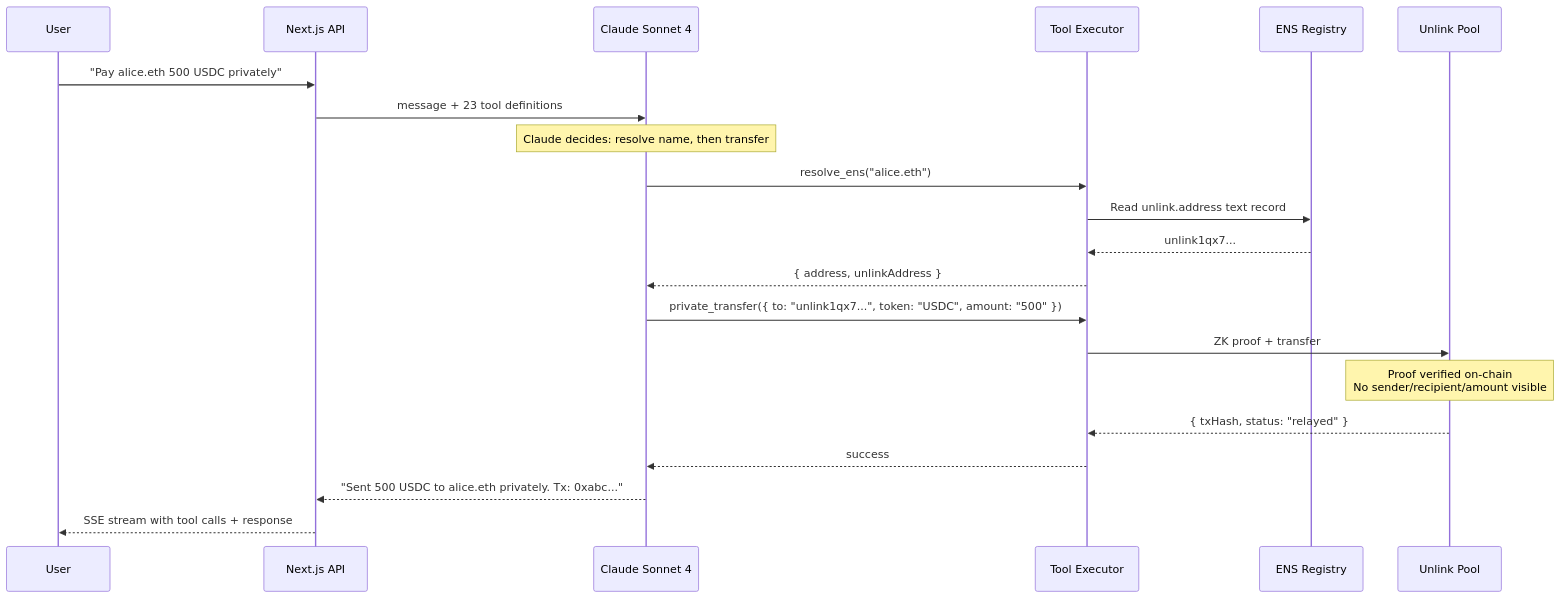
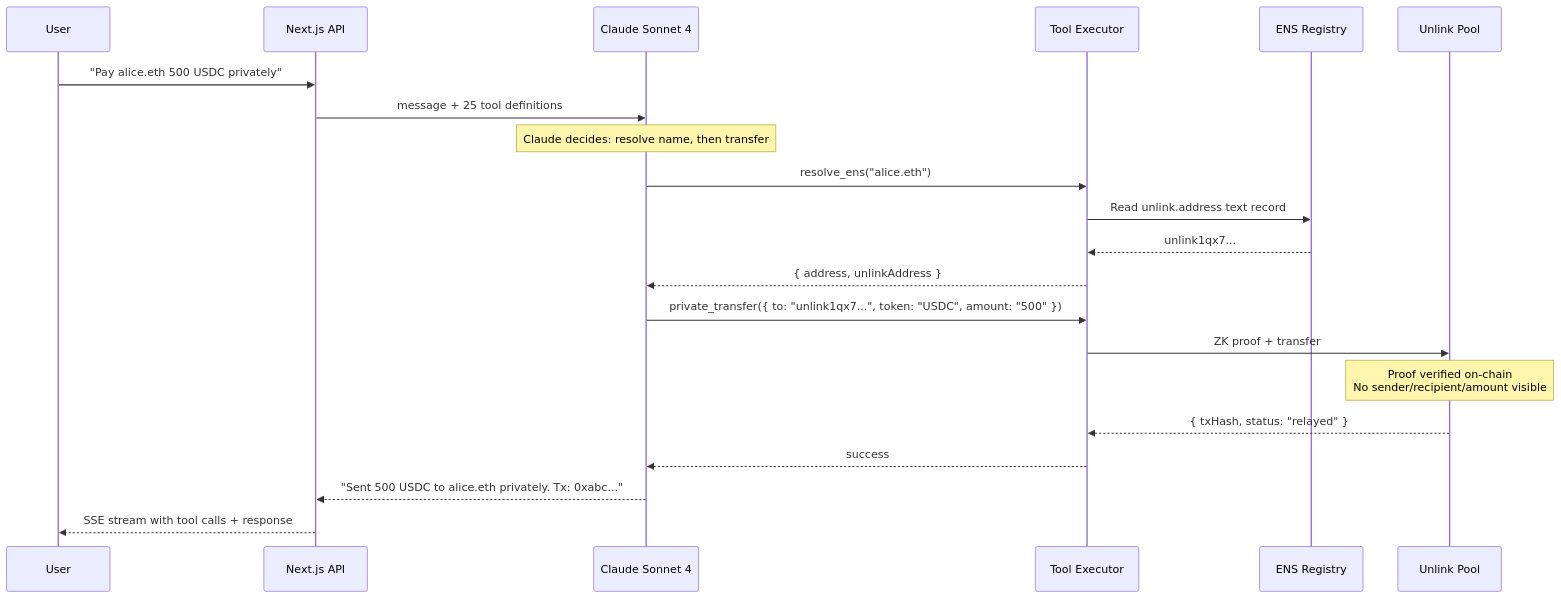
One commit to 0x2kNJ/whisper changed the second of 5 diagrams in docs/architecture.md. Above: the diagram before and after it, drawn with Mermaid. The commit also changed other lines of this file and 3 other files, not shown here.

First line of the commit message:
docs: update README, architecture, agent docs, and demo script

````diff
--- a/docs/architecture.md
+++ b/docs/architecture.md
@@ -55,28 +55,28 @@
 ```mermaid
 sequenceDiagram
     participant U as User
     participant API as Next.js API
     participant C as Claude Sonnet 4
     participant T as Tool Executor
     participant ENS as ENS Registry
     participant UNL as Unlink Pool
 
     U->>API: "Pay alice.eth 500 USDC privately"
-    API->>C: message + 23 tool definitions
+    API->>C: message + 25 tool definitions
 
     Note over C: Claude decides: resolve name, then transfer
 
     C->>T: resolve_ens("alice.eth")
     T->>ENS: Read unlink.address text record
     ENS-->>T: unlink1qx7...
     T-->>C: { address, unlinkAddress }
 
     C->>T: private_transfer({ to: "unlink1qx7...", token: "USDC", amount: "500" })
     T->>UNL: ZK proof + transfer
     Note over UNL: Proof verified on-chain<br/>No sender/recipient/amount visible
     UNL-->>T: { txHash, status: "relayed" }
     T-->>C: success
 
     C-->>API: "Sent 500 USDC to alice.eth privately. Tx: 0xabc..."
     API-->>U: SSE stream with tool calls + response
 ```
````
